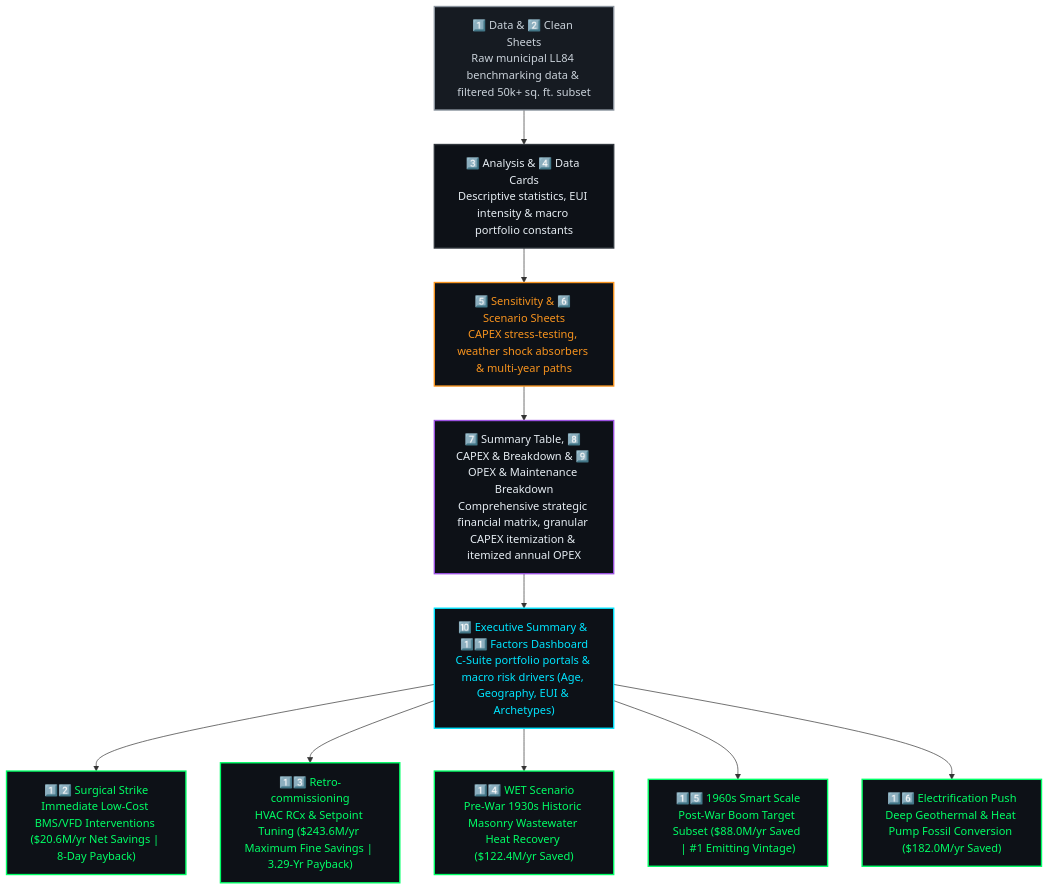
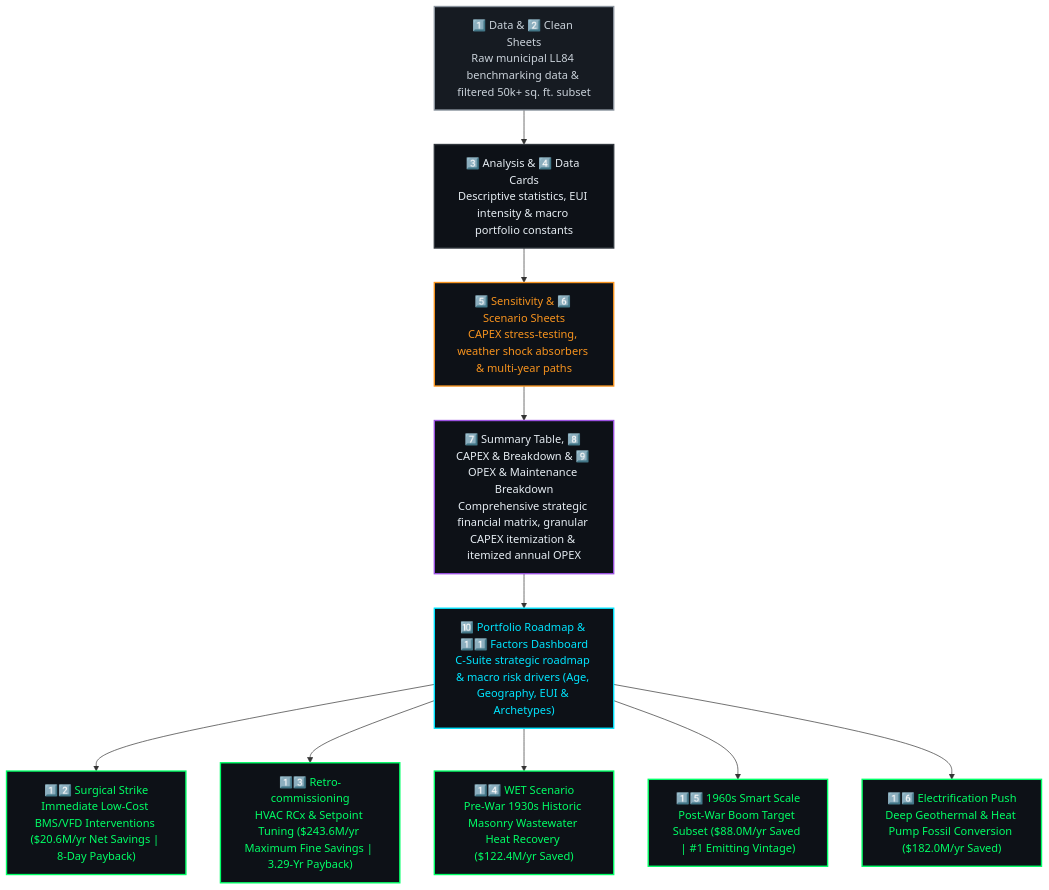
Before and after one commit to Huda-Amr/carbon-heist-mitigation: the diagram in Excel Project/README.md, drawn with Mermaid. The commit also changed other lines of this file and 1 other file, not shown here.

Commit message:
Update master Excel workbook (Co2 Project.xlsx) and documentation with renamed Portfolio Roadmap sheet, calibrated 7.58-year payback, and refined scenario dashboards

````diff
--- a/Excel Project/README.md
+++ b/Excel Project/README.md
@@ -17,19 +17,19 @@
 ```mermaid
 flowchart TD
     RAW["1️⃣ Data & 2️⃣ Clean Sheets\nRaw municipal LL84 benchmarking data & filtered 50k+ sq. ft. subset"]:::raw --> AN["3️⃣ Analysis & 4️⃣ Data Cards\nDescriptive statistics, EUI intensity & macro portfolio constants"]:::an
     AN --> SENS["5️⃣ Sensitivity & 6️⃣ Scenario Sheets\nCAPEX stress-testing, weather shock absorbers & multi-year paths"]:::sens
     SENS --> FIN["7️⃣ Summary Table, 8️⃣ CAPEX & Breakdown & 9️⃣ OPEX & Maintenance Breakdown\nComprehensive strategic financial matrix, granular CAPEX itemization & itemized annual OPEX"]:::fin
-    FIN --> EXEC["🔟 Executive Summary & 1️⃣1️⃣ Factors Dashboard\nC-Suite portfolio portals & macro risk drivers (Age, Geography, EUI & Archetypes)"]:::cards
+    FIN --> EXEC["🔟 Portfolio Roadmap & 1️⃣1️⃣ Factors Dashboard\nC-Suite strategic roadmap & macro risk drivers (Age, Geography, EUI & Archetypes)"]:::cards
     EXEC --> PB1["1️⃣2️⃣ Surgical Strike\nImmediate Low-Cost BMS/VFD Interventions ($20.6M/yr Net Savings | 8-Day Payback)"]:::pb
     EXEC --> PB2["1️⃣3️⃣ Retro-commissioning\nHVAC RCx & Setpoint Tuning ($243.6M/yr Maximum Fine Savings | 3.29-Yr Payback)"]:::pb
     EXEC --> PB3["1️⃣4️⃣ WET Scenario\nPre-War 1930s Historic Masonry Wastewater Heat Recovery ($122.4M/yr Saved)"]:::pb
     EXEC --> PB4["1️⃣5️⃣ 1960s Smart Scale\nPost-War Boom Target Subset ($88.0M/yr Saved | #1 Emitting Vintage)"]:::pb
     EXEC --> PB5["1️⃣6️⃣ Electrification Push\nDeep Geothermal & Heat Pump Fossil Conversion ($182.0M/yr Saved)"]:::pb
 
     classDef raw fill:#161B22,stroke:#8B949E,stroke-width:2px,color:#C9D1D9
     classDef an fill:#0D1117,stroke:#30363D,stroke-width:2px,color:#E6EDF3
     classDef sens fill:#0D1117,stroke:#F7931E,stroke-width:2px,color:#F7931E
     classDef fin fill:#0D1117,stroke:#9B51E0,stroke-width:2px,color:#E6EDF3
     classDef cards fill:#0D1117,stroke:#00E5FF,stroke-width:2px,color:#00E5FF
     classDef pb fill:#0D1117,stroke:#00FF66,stroke-width:2px,color:#00FF66
 ```
````
